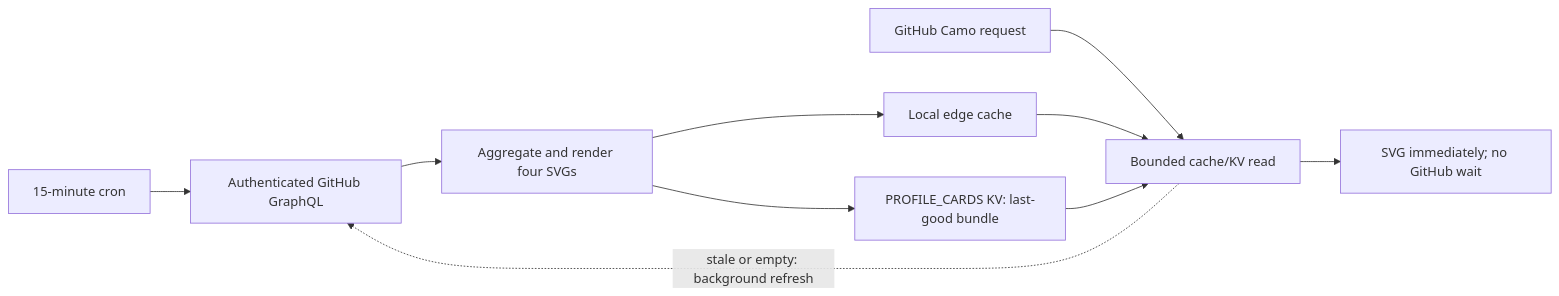
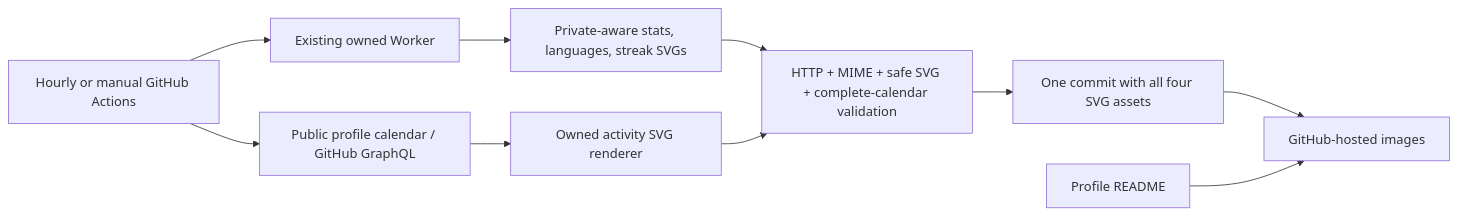
Before and after one commit to MikeeBuilds/MikeeBuilds: the diagram in docs/github-stats-worker.md, drawn with Mermaid. The commit also changed other lines of this file and 13 other files, not shown here.

Commit message:
fix: host durable profile snapshots on GitHub

````diff
--- a/docs/github-stats-worker.md
+++ b/docs/github-stats-worker.md
@@ -18,12 +9,12 @@
 ```mermaid
 flowchart LR
-  Cron[15-minute cron] --> GitHub[Authenticated GitHub GraphQL]
-  GitHub --> Render[Aggregate and render four SVGs]
-  Render --> KV[PROFILE_CARDS KV: last-good bundle]
-  Render --> Edge[Local edge cache]
-  Camo[GitHub Camo request] --> Read[Bounded cache/KV read]
-  Edge --> Read
-  KV --> Read
-  Read --> SVG[SVG immediately; no GitHub wait]
-  Read -. stale or empty: background refresh .-> GitHub
+  Schedule[Hourly or manual GitHub Actions] --> Worker[Existing owned Worker]
+  Worker --> Three[Private-aware stats, languages, streak SVGs]
+  Schedule --> Calendar[Public profile calendar / GitHub GraphQL]
+  Calendar --> Graph[Owned activity SVG renderer]
+  Three --> Validate[HTTP + MIME + safe SVG + complete-calendar validation]
+  Graph --> Validate
+  Validate --> Commit[One commit with all four SVG assets]
+  Commit --> GitHub[GitHub-hosted images]
+  Profile[Profile README] --> GitHub
 ```
````
